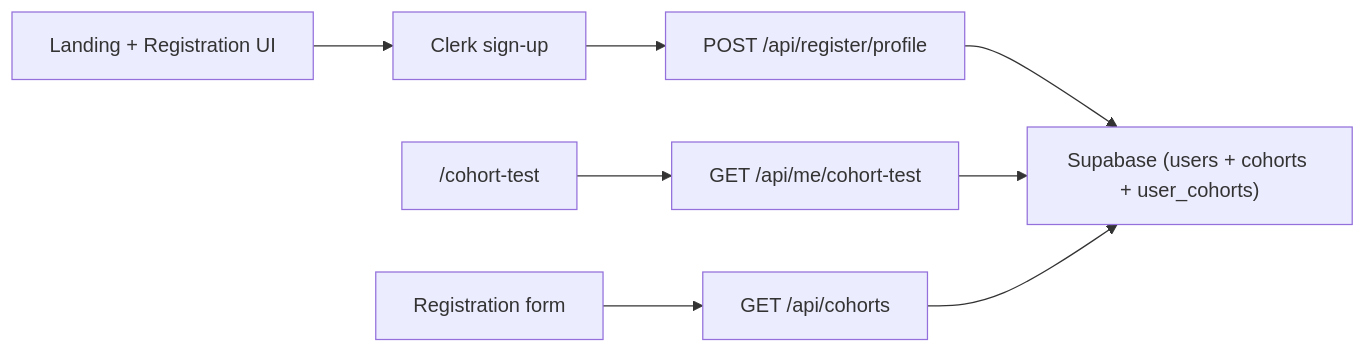
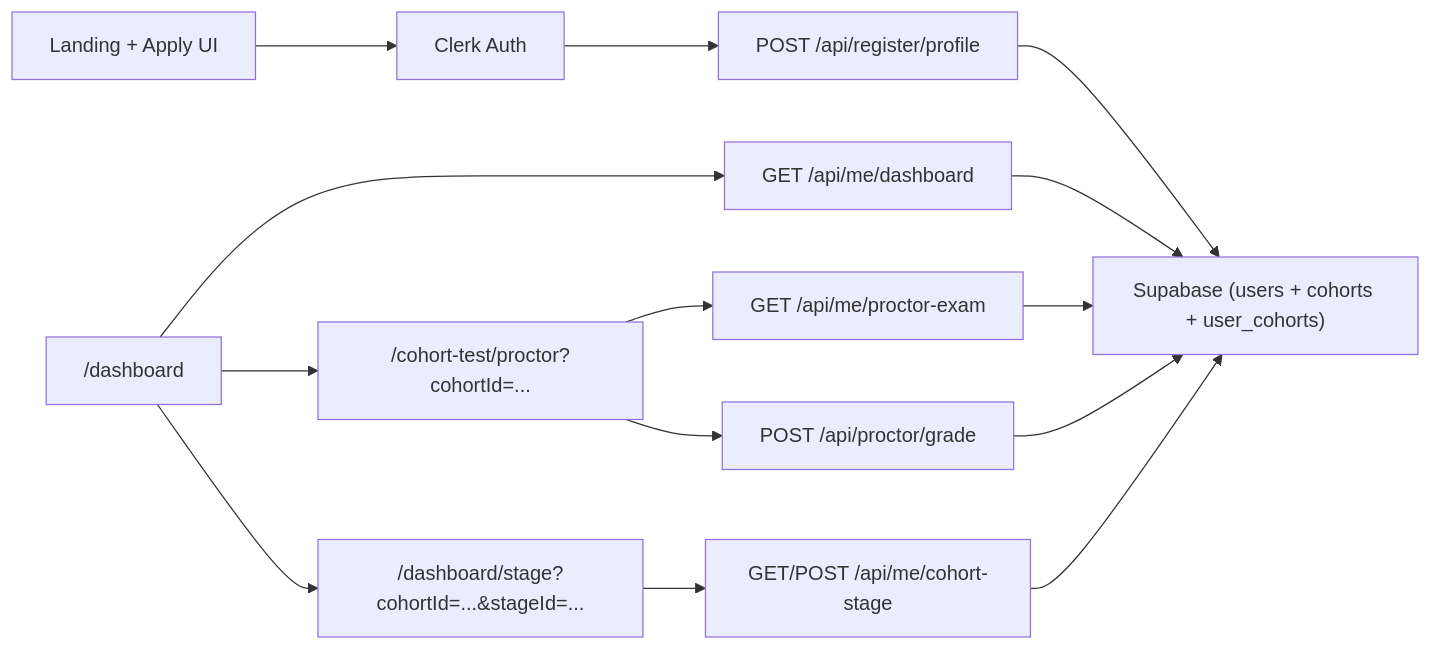
The diagram in README.md (optern2025/OptCamp), drawn with Mermaid before and after one commit. The commit also changed other lines of this file and 17 other files, not shown here.

Commit message:
Fixed cohort tests and added dashboard

````diff
--- a/README.md
+++ b/README.md
@@ -17,10 +22,16 @@
 ```mermaid
 flowchart LR
-  A["Landing + Registration UI"] --> B["Clerk sign-up"]
+  A["Landing + Apply UI"] --> B["Clerk Auth"]
   B --> C["POST /api/register/profile"]
   C --> D["Supabase (users + cohorts + user_cohorts)"]
-  E["/cohort-test"] --> F["GET /api/me/cohort-test"]
+  E["/dashboard"] --> F["GET /api/me/dashboard"]
   F --> D
-  I["Registration form"] --> J["GET /api/cohorts"]
-  J --> D
+  E --> G["/cohort-test/proctor?cohortId=..."]
+  G --> H["GET /api/me/proctor-exam"]
+  H --> D
+  G --> I["POST /api/proctor/grade"]
+  I --> D
+  E --> J["/dashboard/stage?cohortId=...&stageId=..."]
+  J --> K["GET/POST /api/me/cohort-stage"]
+  K --> D
 ```
````
